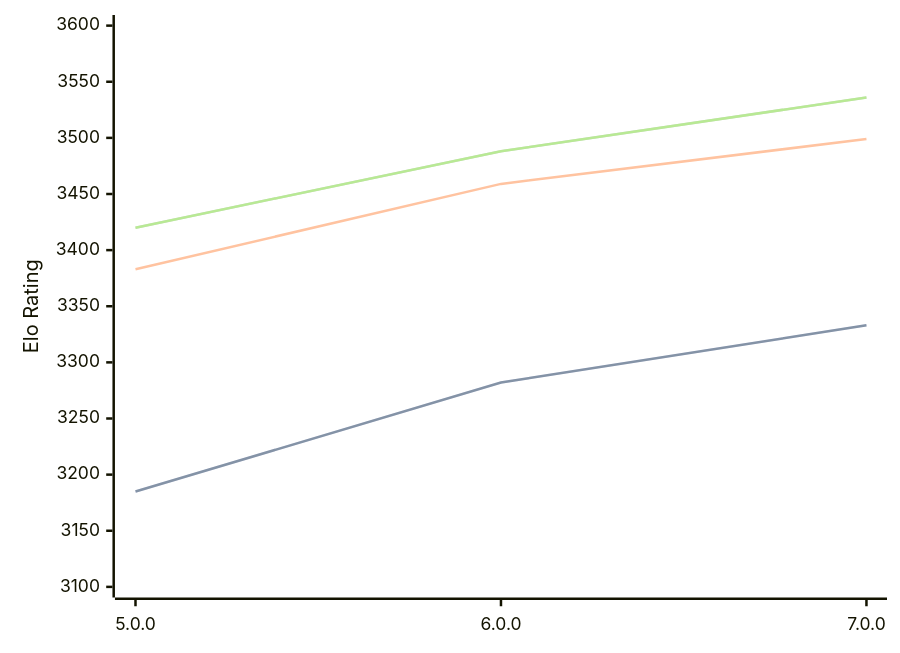
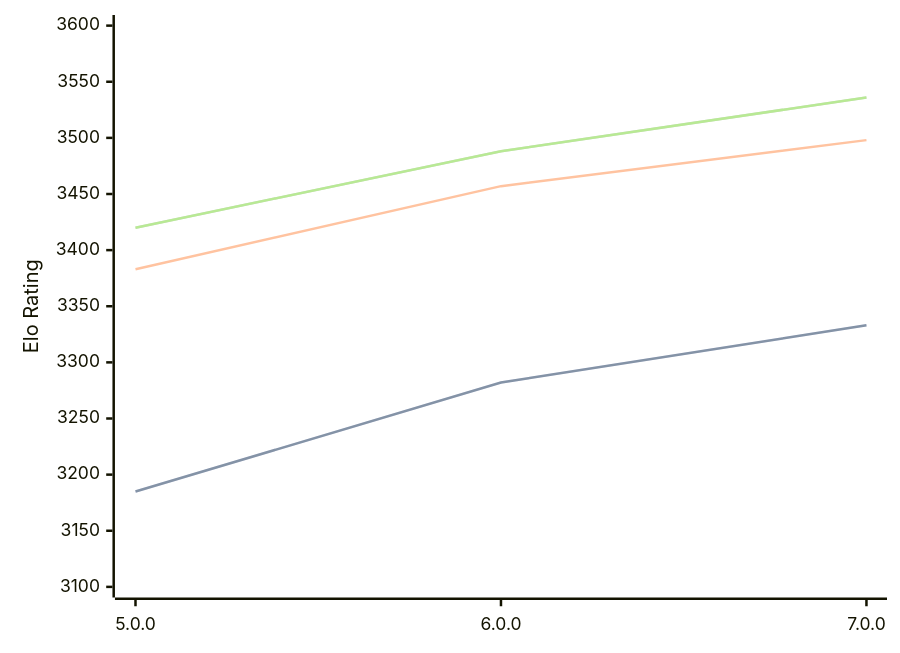
One commit to computer-chess-index/cci changed the first of 3 diagrams in engines/Stormphrax.md. Above: the diagram before and after it, drawn with Mermaid. The commit also changed other lines of this file, not shown here.

````diff
--- a/engines/Stormphrax.md
+++ b/engines/Stormphrax.md
@@ -38,11 +38,11 @@
 ```mermaid
 %%{init: {"theme":"base","themeVariables":{"seriesColors:['#a3a3a3','#222221','#faa371']}}}%%
 xychart-beta
   x-axis ["5.0.0", "6.0.0", "7.0.0"]
   y-axis "Elo Rating" 3100 --> 3600
   line "STC (8.0+0.08s)" [3185, 3282, 3333]
   line "STC (8.0+0.08s)" [3185, 3282, 3333]
-  line "LTC (60.0+0.60s)" [3383, 3459, 3499]
+  line "LTC (60.0+0.60s)" [3383, 3457, 3498]
   line "VLTC (2m24s+1.12s)" [3420, 3488, 3536]
   line "VLTC (2m24s+1.12s)" [3420, 3488, 3536]
 ```
````
